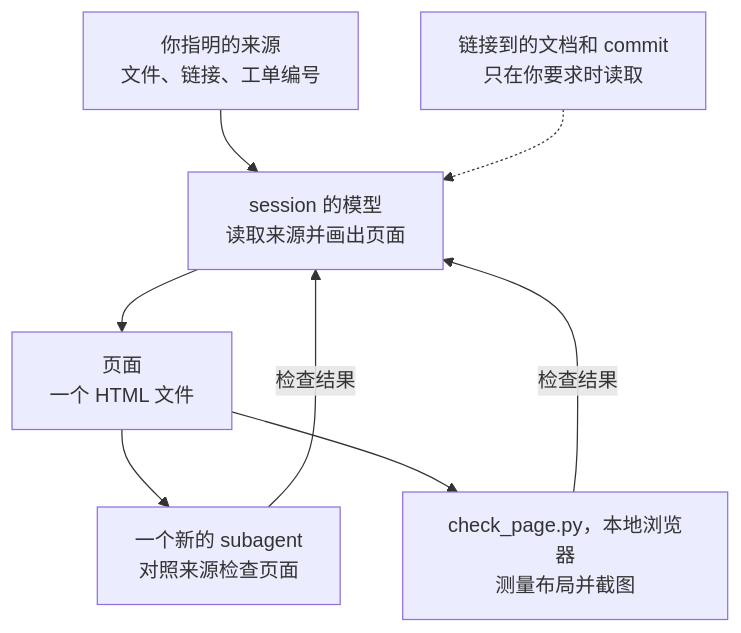
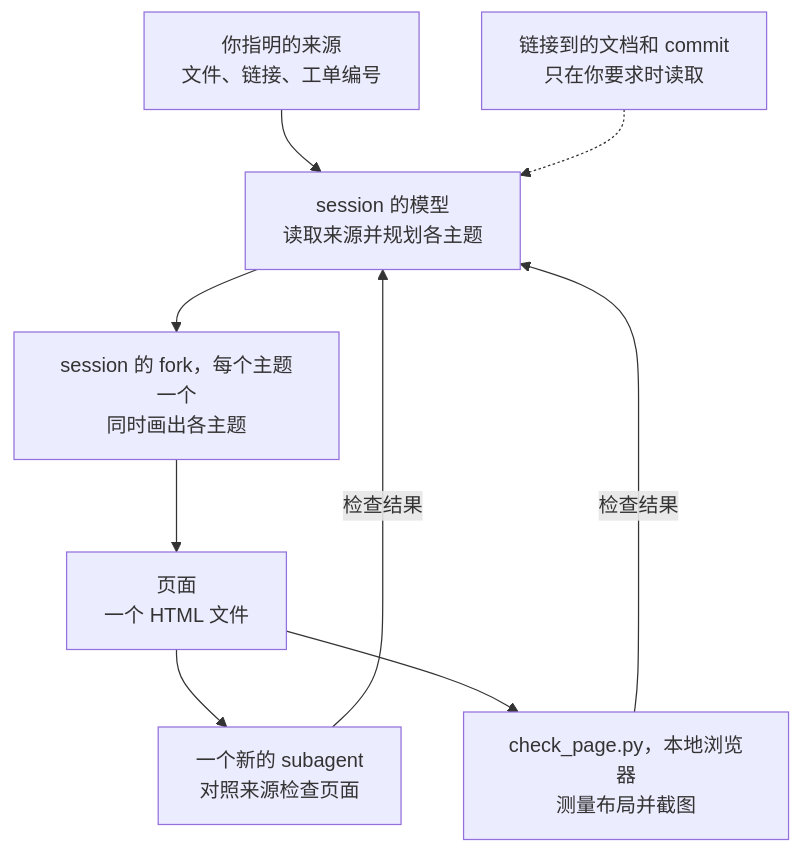
The diagram in plugins/visualise-document/README.zh-CN.md (tundra-east/tundra), drawn with Mermaid before and after one commit. The commit also changed other lines of this file and 5 other files, not shown here.

````diff
--- a/plugins/visualise-document/README.zh-CN.md
+++ b/plugins/visualise-document/README.zh-CN.md
@@ -36,10 +36,11 @@
 ```mermaid
 flowchart TB
     sources["你指明的来源<br>文件、链接、工单编号"] --> read
     linked["链接到的文档和 commit<br>只在你要求时读取"] -.-> read
-    read["session 的模型<br>读取来源并画出页面"] --> page["页面<br>一个 HTML 文件"]
+    read["session 的模型<br>读取来源并规划各主题"] --> forks["session 的 fork，每个主题一个<br>同时画出各主题"]
+    forks --> page["页面<br>一个 HTML 文件"]
     page --> verify["一个新的 subagent<br>对照来源检查页面"]
     page --> check["check_page.py，本地浏览器<br>测量布局并截图"]
     verify -- 检查结果 --> read
     check -- 检查结果 --> read
 ```
````
